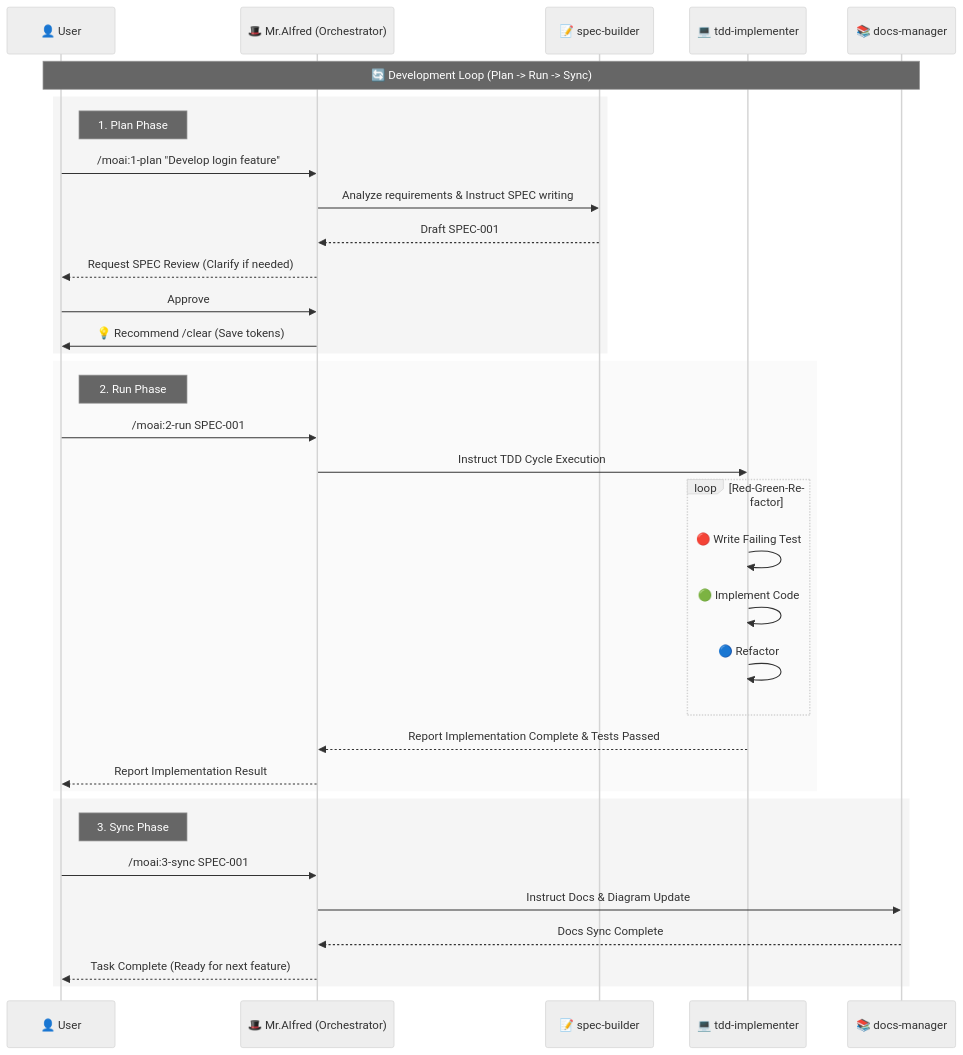
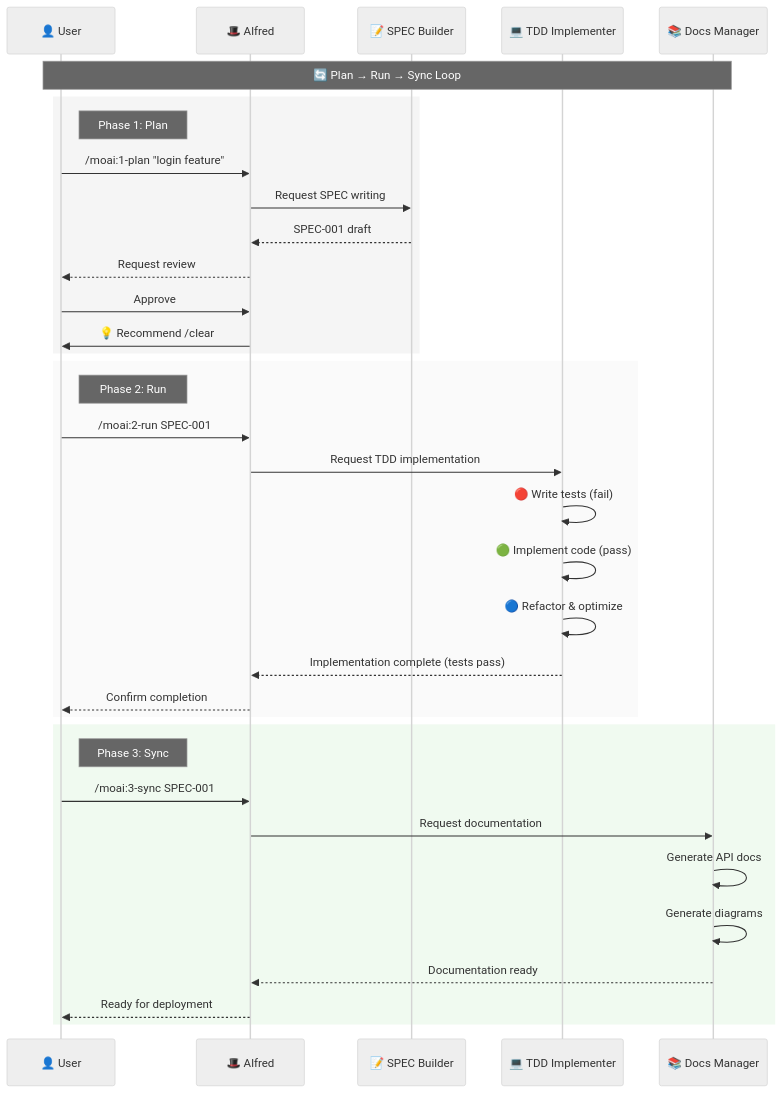
The second of 5 diagrams in README.md (modu-ai/moai-adk), drawn with Mermaid (neutral theme) before and after one commit. The commit also changed other lines of this file and 535 other files, not shown here.

First line of the commit message:
refactor(skills): Major architecture redesign - 39 → 22 modular skills

````diff
--- a/README.md
+++ b/README.md
@@ -368,41 +379,41 @@
 ```mermaid
 sequenceDiagram
-    participant User as 👤 User
-    participant Alfred as 🎩 Mr.Alfred (Orchestrator)
-    participant SpecAgent as 📝 spec-builder
-    participant TddAgent as 💻 tdd-implementer
-    participant DocsAgent as 📚 docs-manager
+    participant U as 👤 User
+    participant A as 🎩 Alfred
+    participant S as 📝 SPEC Builder
+    participant T as 💻 TDD Implementer
+    participant D as 📚 Docs Manager
 
-    Note over User, DocsAgent: 🔄 Development Loop (Plan -> Run -> Sync)
+    Note over U,D: 🔄 Plan → Run → Sync Loop
 
     rect rgb(245, 245, 245)
-        Note right of User: 1. Plan Phase
-        User->>Alfred: /moai:1-plan "Develop login feature"
-        Alfred->>SpecAgent: Analyze requirements & Instruct SPEC writing
-        SpecAgent-->>Alfred: Draft SPEC-001
-        Alfred-->>User: Request SPEC Review (Clarify if needed)
-        User->>Alfred: Approve
-        Alfred->>User: 💡 Recommend /clear (Save tokens)
+        Note right of U: Phase 1: Plan
+        U->>A: /moai:1-plan "login feature"
+        A->>S: Request SPEC writing
+        S-->>A: SPEC-001 draft
+        A-->>U: Request review
+        U->>A: Approve
+        A->>U: 💡 Recommend /clear
     end
 
     rect rgb(250, 250, 250)
-        Note right of User: 2. Run Phase
-        User->>Alfred: /moai:2-run SPEC-001
-        Alfred->>TddAgent: Instruct TDD Cycle Execution
-        loop Red-Green-Refactor
-            TddAgent->>TddAgent: 🔴 Write Failing Test
-            TddAgent->>TddAgent: 🟢 Implement Code
-            TddAgent->>TddAgent: 🔵 Refactor
-        end
-        TddAgent-->>Alfred: Report Implementation Complete & Tests Passed
-        Alfred-->>User: Report Implementation Result
+        Note right of U: Phase 2: Run
+        U->>A: /moai:2-run SPEC-001
+        A->>T: Request TDD implementation
+        T->>T: 🔴 Write tests (fail)
+        T->>T: 🟢 Implement code (pass)
+        T->>T: 🔵 Refactor & optimize
+        T-->>A: Implementation complete (tests pass)
+        A-->>U: Confirm completion
     end
 
-    rect rgb(245, 245, 245)
-        Note right of User: 3. Sync Phase
-        User->>Alfred: /moai:3-sync SPEC-001
-        Alfred->>DocsAgent: Instruct Docs & Diagram Update
-        DocsAgent-->>Alfred: Docs Sync Complete
-        Alfred-->>User: Task Complete (Ready for next feature)
+    rect rgb(240, 250, 240)
+        Note right of U: Phase 3: Sync
+        U->>A: /moai:3-sync SPEC-001
+        A->>D: Request documentation
+        D->>D: Generate API docs
+        D->>D: Generate diagrams
+        D-->>A: Documentation ready
+        A-->>U: Ready for deployment
     end
 ```
````
